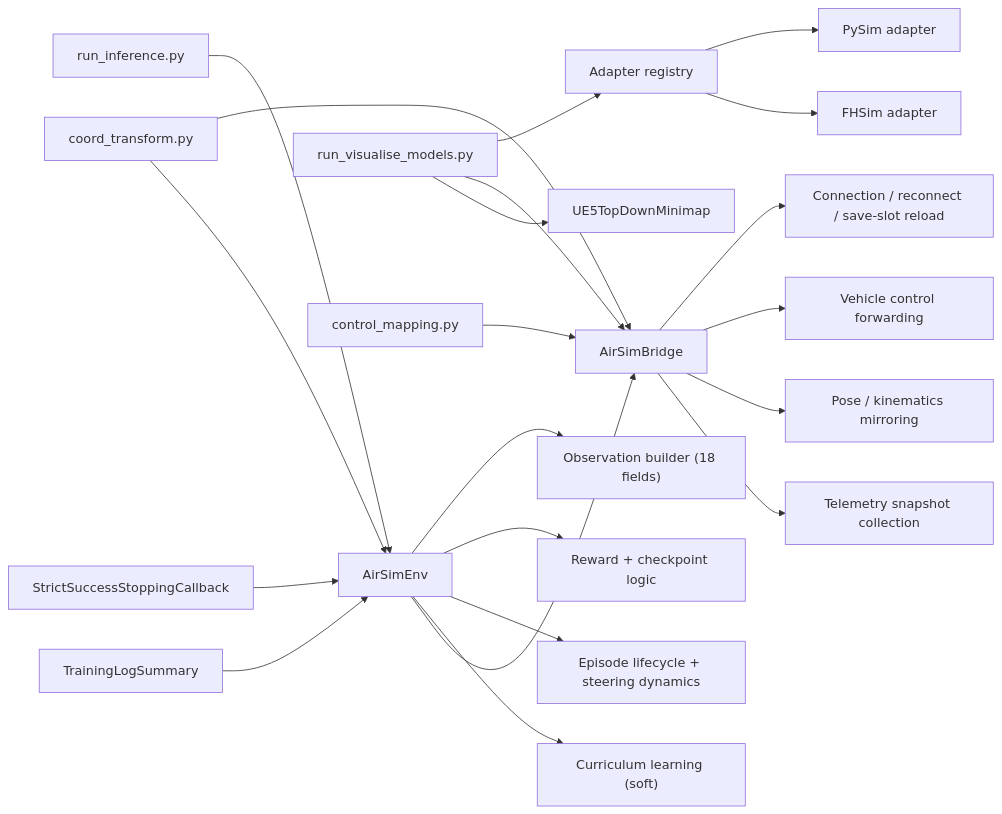
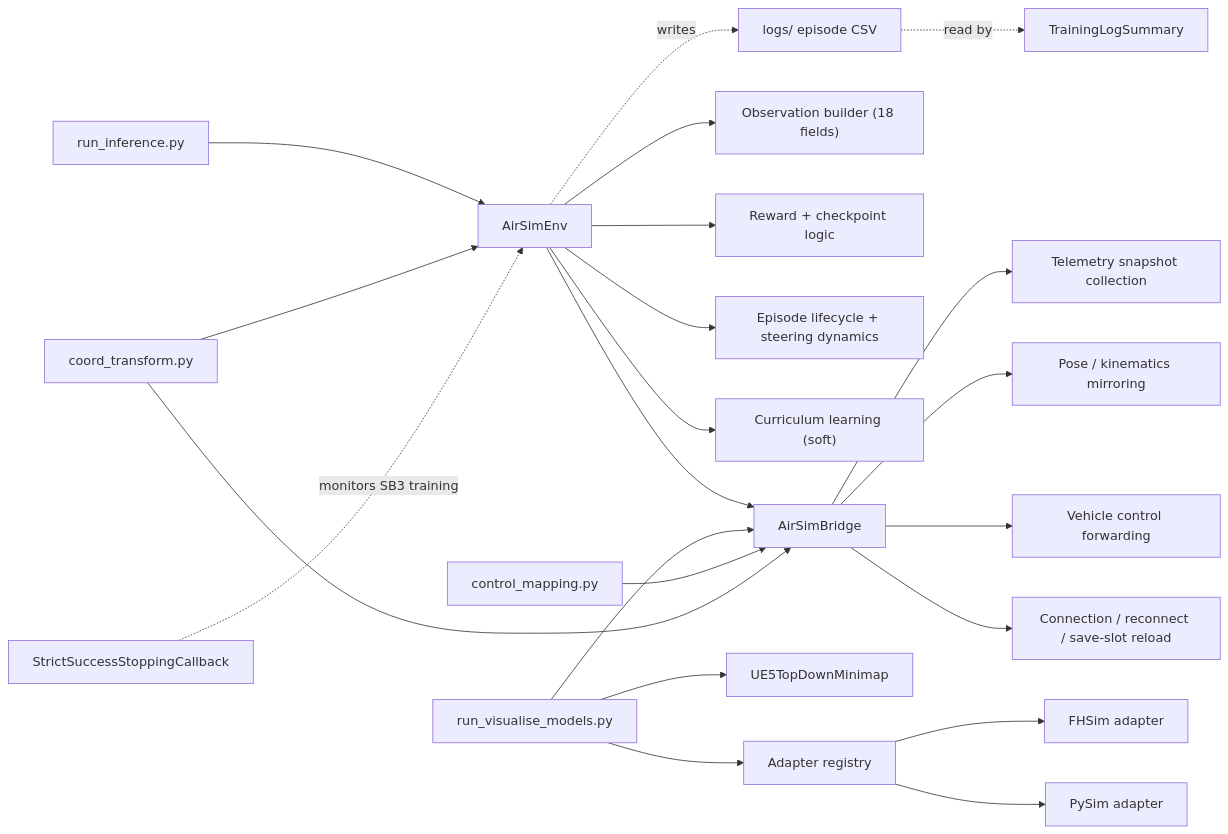
Before and after one commit to UAntwerpM4S/RudoLF: the third of 6 diagrams in docs/airsim_architecture.md, drawn with Mermaid. The commit also changed other lines of this file and 3 other files, not shown here.

````diff
--- a/docs/airsim_architecture.md
+++ b/docs/airsim_architecture.md
@@ -92,27 +92,28 @@
 ```mermaid
 flowchart LR
     A["AirSimBridge"] --> B["Connection / reconnect / save-slot reload"]
     A --> C["Vehicle control forwarding"]
     A --> D["Pose / kinematics mirroring"]
     A --> E["Telemetry snapshot collection"]
 
     F["AirSimEnv"] --> G["Observation builder (18 fields)"]
     F --> H["Reward + checkpoint logic"]
     F --> I["Episode lifecycle + steering dynamics"]
     F --> J["Curriculum learning (soft)"]
     F --> A
 
     K["run_inference.py"] --> F
     L["run_visualise_models.py"] --> M["Adapter registry"]
     M --> N["PySim adapter"]
     M --> O["FHSim adapter"]
     L --> A
     L --> P["UE5TopDownMinimap"]
 
     Q["control_mapping.py"] --> A
     R["coord_transform.py"] --> A
     R --> F
 
-    S["StrictSuccessStoppingCallback"] --> F
-    T["TrainingLogSummary"] --> F
+    S["StrictSuccessStoppingCallback"] -.->|monitors SB3 training| F
+    U["logs/ episode CSV"] -.->|read by| T["TrainingLogSummary"]
+    F -.->|writes| U
 ```
````
